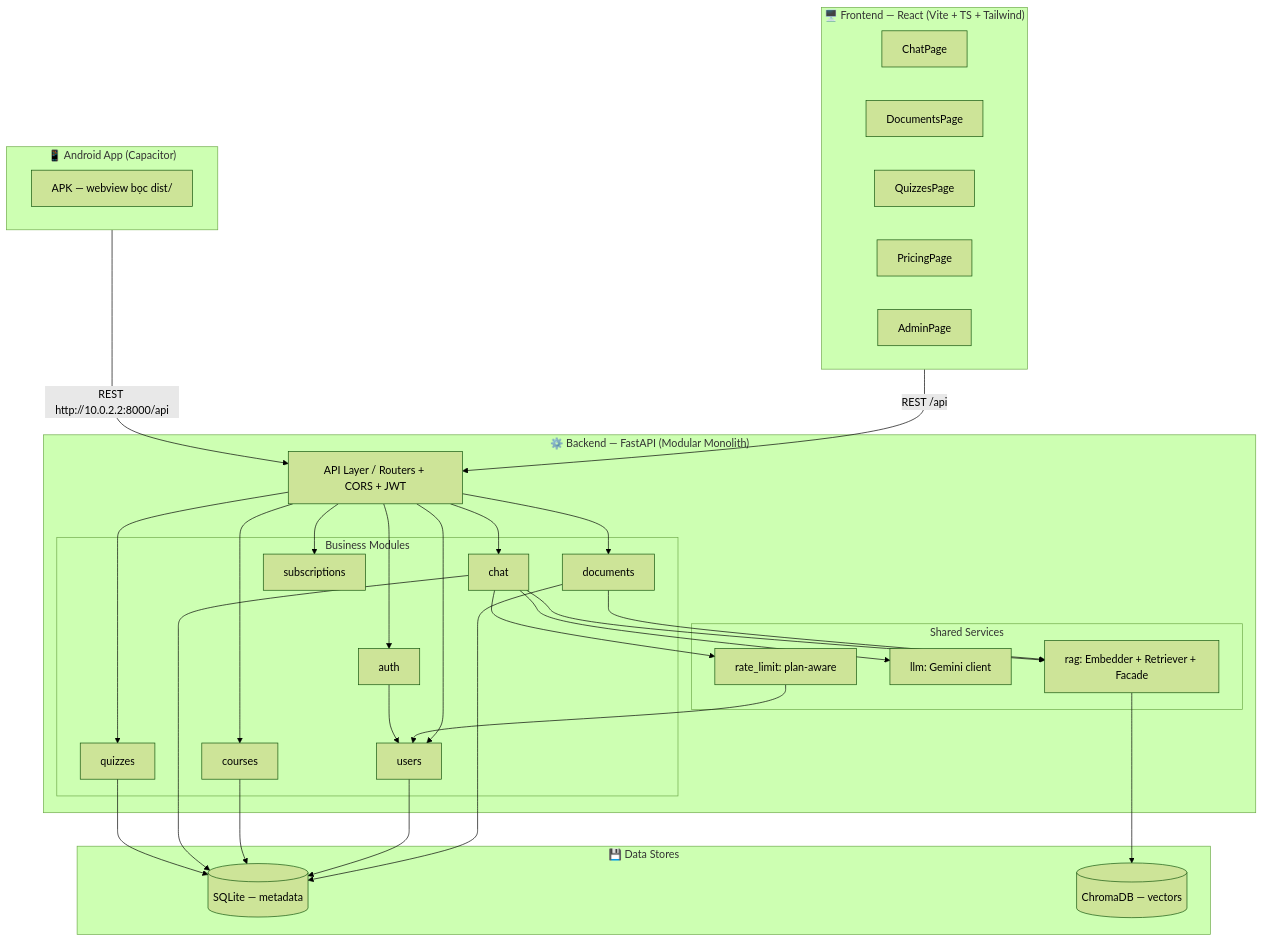
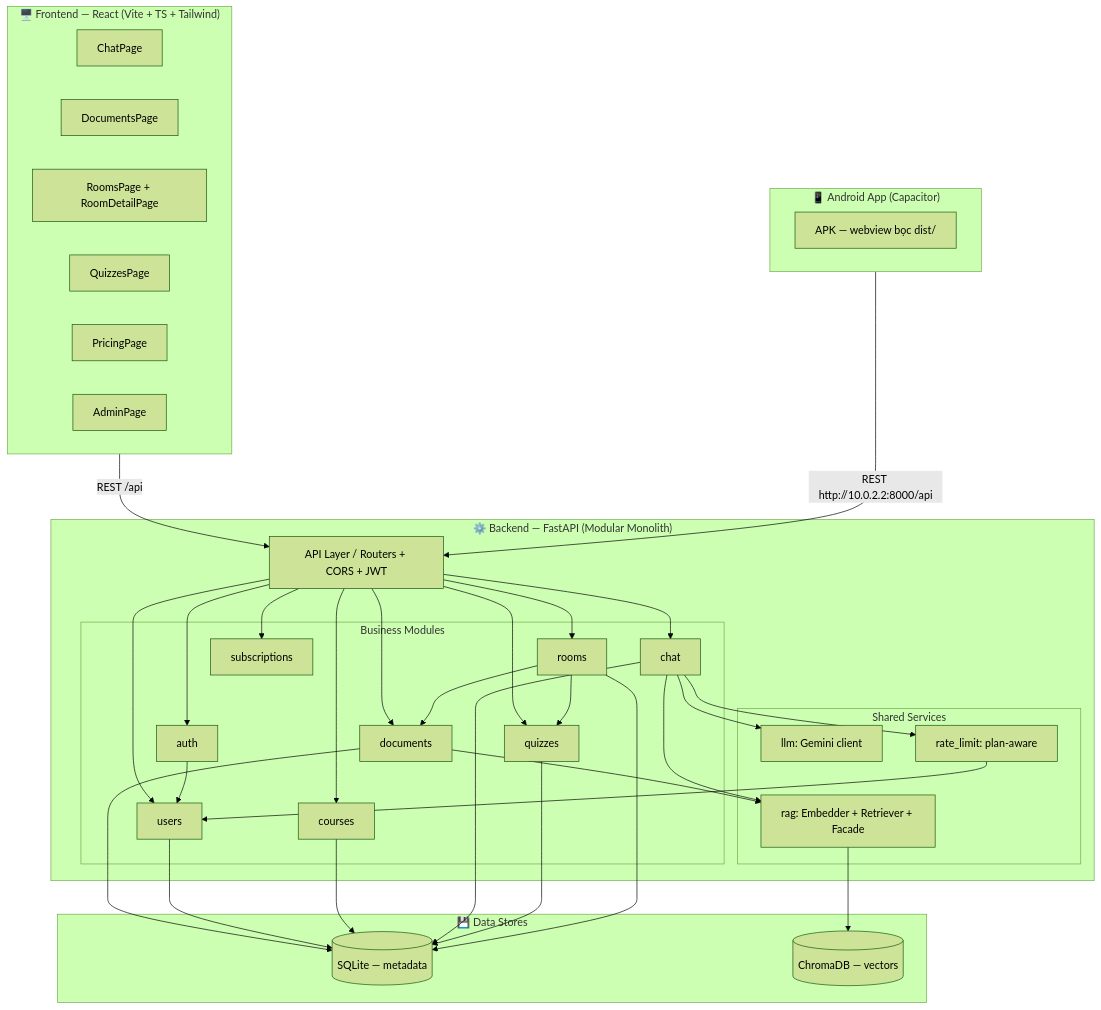
The seventh of 9 diagrams in readme.md (Scobydoo1/swd), drawn with Mermaid (forest theme) before and after one commit. The commit also changed other lines of this file and 29 other files, not shown here.

First line of the commit message:
feat(rooms): phòng học Lecturer/Admin + chat chỉ Sinh viên + bảng điểm quiz

````diff
--- a/readme.md
+++ b/readme.md
@@ -292,51 +363,55 @@
 ```mermaid
 graph TB
     subgraph Client["🖥️ Frontend — React (Vite + TS + Tailwind)"]
         CP[ChatPage]
         DP[DocumentsPage]
+        RP[RoomsPage + RoomDetailPage]
         QP[QuizzesPage]
         PP[PricingPage]
         AP[AdminPage]
     end
 
     subgraph Android["📱 Android App (Capacitor)"]
         APK[APK — webview bọc dist/]
     end
 
     subgraph Backend["⚙️ Backend — FastAPI (Modular Monolith)"]
         API[API Layer / Routers + CORS + JWT]
 
         subgraph Modules["Business Modules"]
             AUTH[auth]
             USERS[users]
             DOCS[documents]
             COURSES[courses]
             CHAT[chat]
             QUIZ[quizzes]
+            ROOMS[rooms]
             SUB[subscriptions]
         end
 
         subgraph Shared["Shared Services"]
             RAG[rag: Embedder + Retriever + Facade]
             LLMW[llm: Gemini client]
             RL[rate_limit: plan-aware]
         end
     end
 
     subgraph Data["💾 Data Stores"]
         SQLITE[(SQLite — metadata)]
         CHROMA[(ChromaDB — vectors)]
     end
 
     Client -->|REST /api| API
     Android -->|REST http://10.0.2.2:8000/api| API
-    API --> AUTH & USERS & DOCS & COURSES & CHAT & QUIZ & SUB
+    API --> AUTH & USERS & DOCS & COURSES & CHAT & QUIZ & ROOMS & SUB
     DOCS --> RAG
     CHAT --> RAG
     CHAT --> LLMW
     CHAT --> RL
     RL --> USERS
     AUTH --> USERS
-    DOCS & USERS & COURSES & CHAT & QUIZ --> SQLITE
+    ROOMS --> QUIZ
+    ROOMS --> DOCS
+    DOCS & USERS & COURSES & CHAT & QUIZ & ROOMS --> SQLITE
     RAG --> CHROMA
 ```
````
